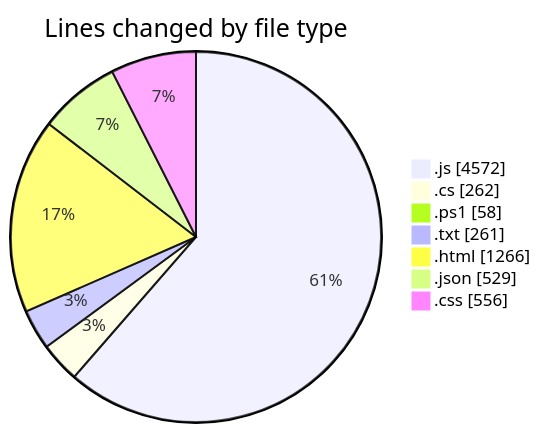
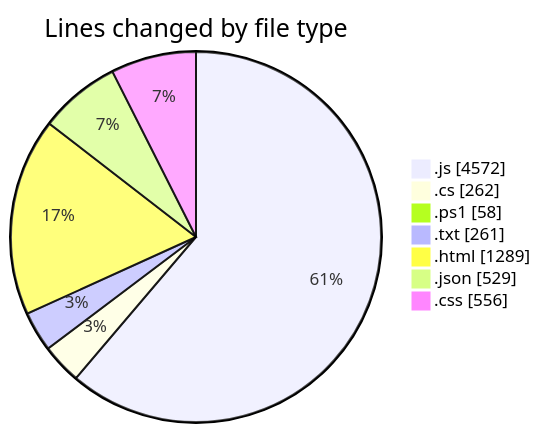
One commit to becaeroporto-bot/code-tracking changed the first of 2 diagrams in 2026-02-17/bot_v1_2/README.md. Above: the diagram before and after it, drawn with Mermaid. The commit also changed other lines of this file and 1 other file, not shown here.

````diff
--- a/2026-02-17/bot_v1_2/README.md
+++ b/2026-02-17/bot_v1_2/README.md
@@ -38,11 +38,11 @@
 ```mermaid
 pie showData
 title Lines changed by file type
 ".js" : 4572
 ".cs" : 262
 ".ps1" : 58
 ".txt" : 261
-".html" : 1266
+".html" : 1289
 ".json" : 529
 ".css" : 556
 ```
````
